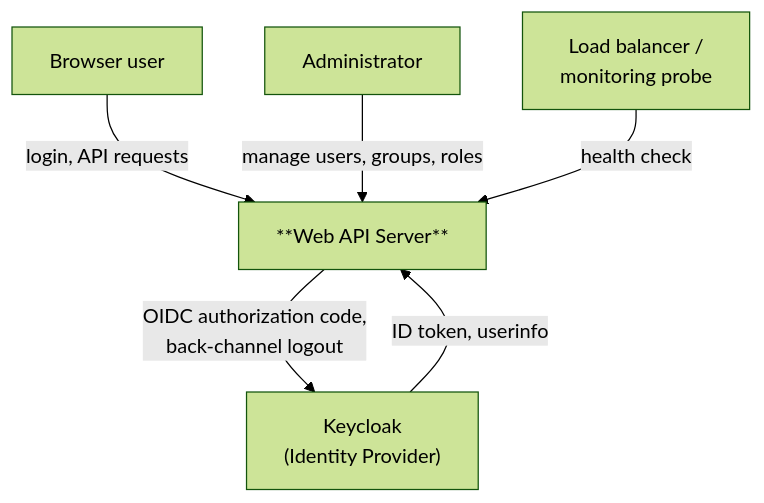
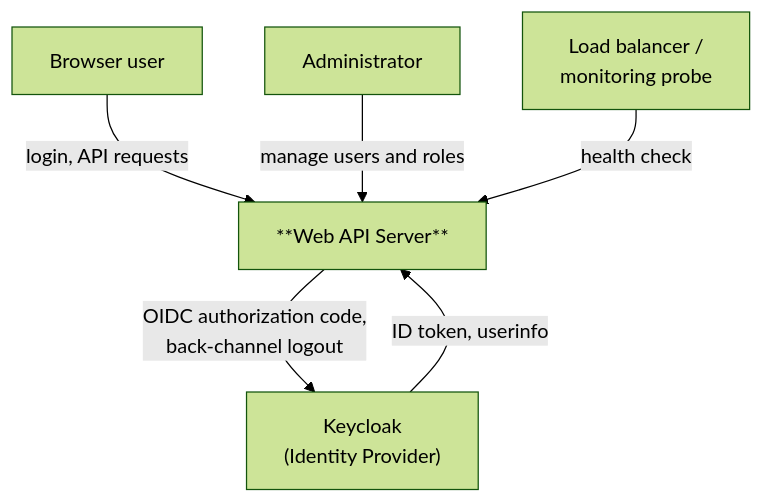
One commit to justin-tay/java-app-web-api-server-template changed the first of 2 diagrams in docs/system-design/03-context-and-scope.md. Above: the diagram before and after it, drawn with Mermaid (forest theme). The commit also changed other lines of this file and 29 other files, not shown here.

````diff
--- a/docs/system-design/03-context-and-scope.md
+++ b/docs/system-design/03-context-and-scope.md
@@ -6,14 +6,14 @@
 ```mermaid
 flowchart TD
     Browser["Browser user"]
     Admin["Administrator"]
     App["**Web API Server**"]
     Keycloak["Keycloak\n(Identity Provider)"]
     Monitor["Load balancer /\nmonitoring probe"]
 
     Browser -->|"login, API requests"| App
     App -->|"OIDC authorization code,\nback-channel logout"| Keycloak
     Keycloak -->|"ID token, userinfo"| App
-    Admin -->|"manage users, groups, roles"| App
+    Admin -->|"manage users and roles"| App
     Monitor -->|"health check"| App
 ```
````
